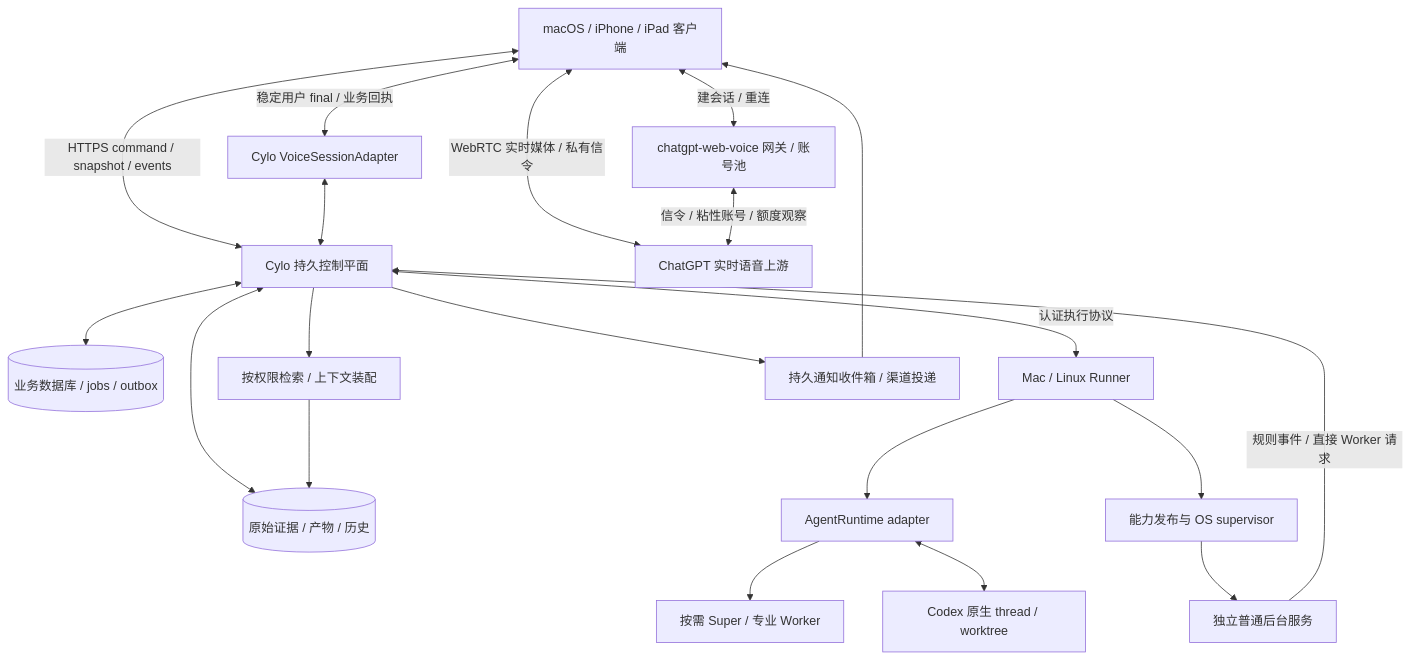
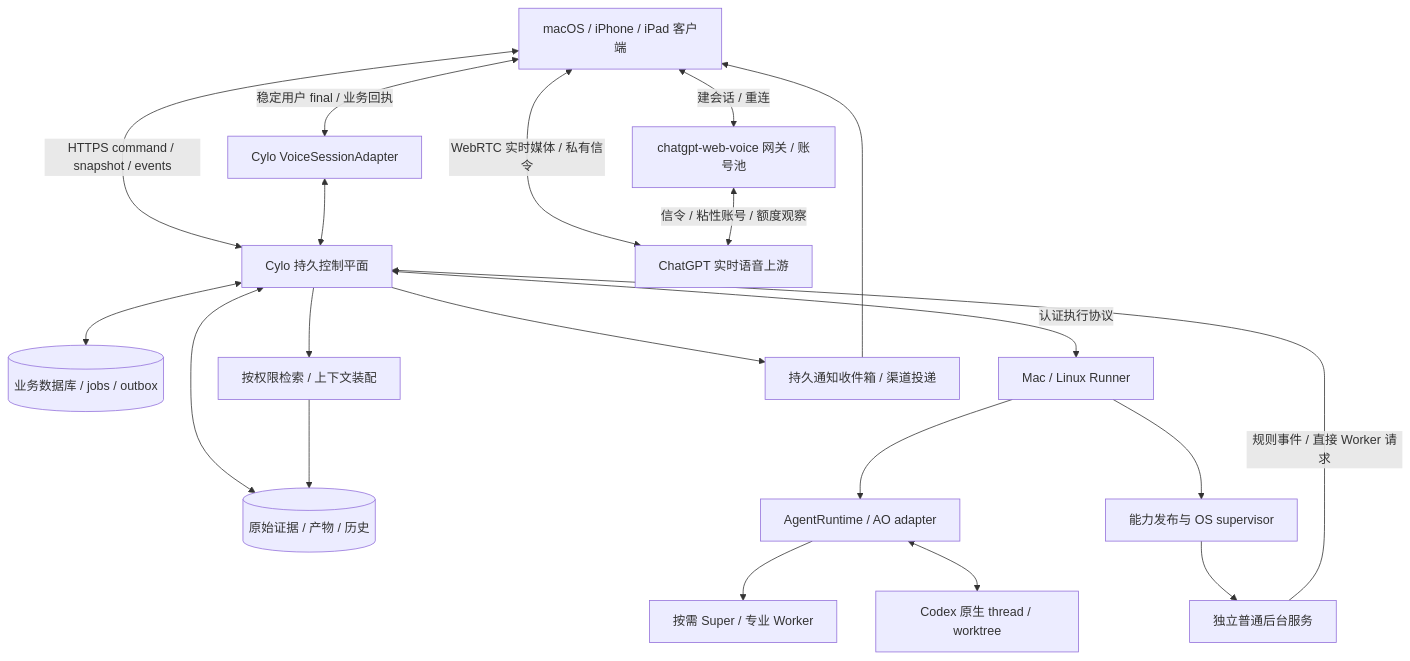
The diagram in Cylo-实现调研与架构方案.md (ronigooja/Cylo), drawn with Mermaid before and after one commit. The commit also changed other lines of this file and 4 other files, not shown here.

````diff
--- a/Cylo-实现调研与架构方案.md
+++ b/Cylo-实现调研与架构方案.md
@@ -40,22 +40,22 @@
 ```mermaid
 flowchart TB
   UI[macOS / iPhone / iPad 客户端] <-->|HTTPS command / snapshot / events| C[Cylo 持久控制平面]
   UI <-->|WebRTC 实时媒体 / 私有信令| U[ChatGPT 实时语音上游]
   UI <-->|建会话 / 重连| G[chatgpt-web-voice 网关 / 账号池]
   G <-->|信令 / 粘性账号 / 额度观察| U
   UI <-->|稳定用户 final / 业务回执| V[Cylo VoiceSessionAdapter]
   V <--> C
   C <--> D[(业务数据库 / jobs / outbox)]
   C <--> E[(原始证据 / 产物 / 历史)]
   C --> M[按权限检索 / 上下文装配]
   M --> E
   C <-->|认证执行协议| R[Mac / Linux Runner]
-  R --> A[AgentRuntime adapter]
+  R --> A[AgentRuntime / AO adapter]
   A --> S[按需 Super / 专业 Worker]
   A <--> X[Codex 原生 thread / worktree]
   R --> P[能力发布与 OS supervisor]
   P --> B[独立普通后台服务]
   B -->|规则事件 / 直接 Worker 请求| C
   C --> N[持久通知收件箱 / 渠道投递]
   N --> UI
 ```
````
